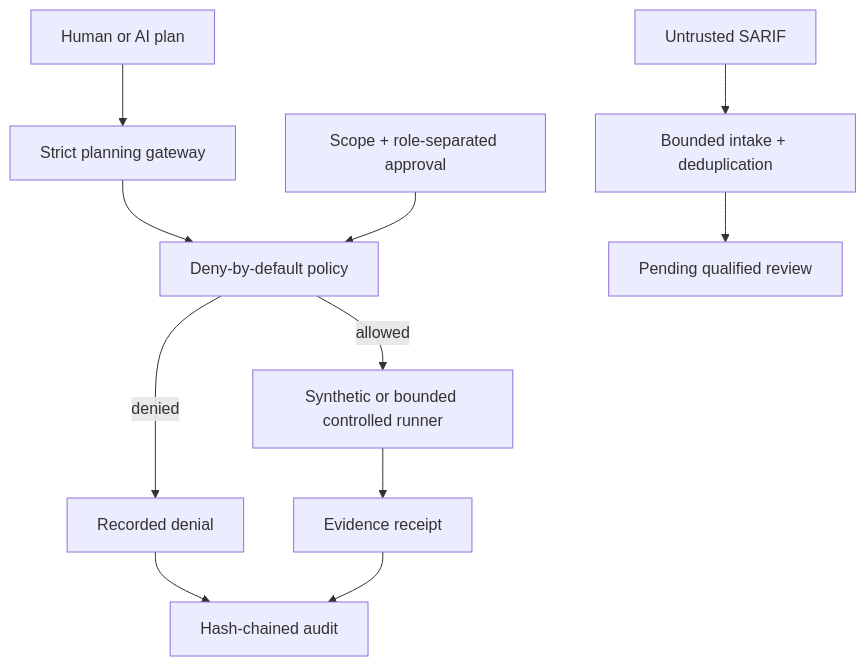
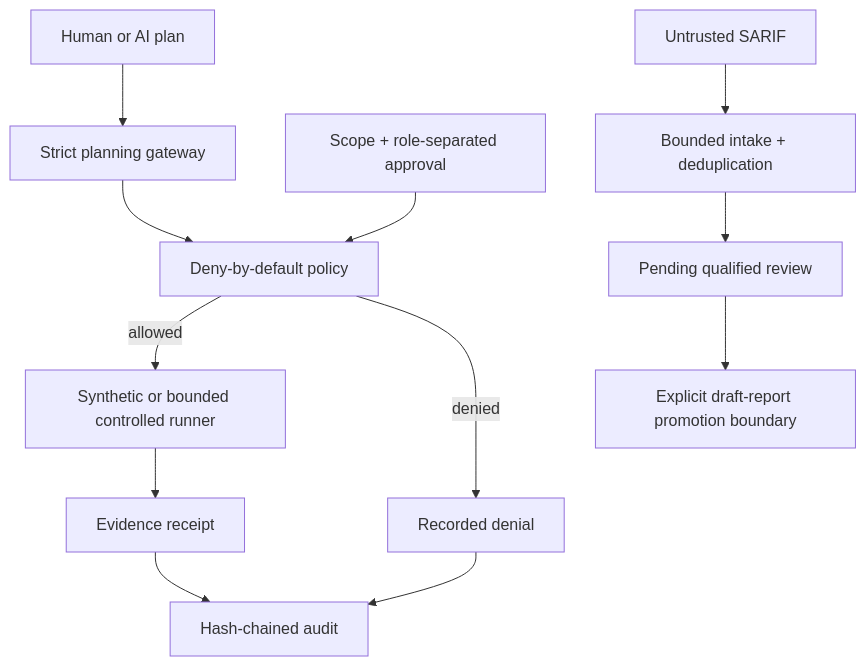
Before and after one commit to bilgekayali/finredops: the diagram in README.md, drawn with Mermaid. The commit also changed other lines of this file, not shown here.

Commit message:
docs: surface example security report

````diff
--- a/README.md
+++ b/README.md
@@ -33,13 +44,14 @@
 ```mermaid
 flowchart TD
     A["Human or AI plan"] --> B["Strict planning gateway"]
     B --> C["Deny-by-default policy"]
     D["Scope + role-separated approval"] --> C
     C -->|allowed| E["Synthetic or bounded controlled runner"]
     C -->|denied| F["Recorded denial"]
     E --> G["Evidence receipt"]
     F --> H["Hash-chained audit"]
     G --> H
     I["Untrusted SARIF"] --> J["Bounded intake + deduplication"]
     J --> K["Pending qualified review"]
+    K --> L["Explicit draft-report promotion boundary"]
 ```
````
